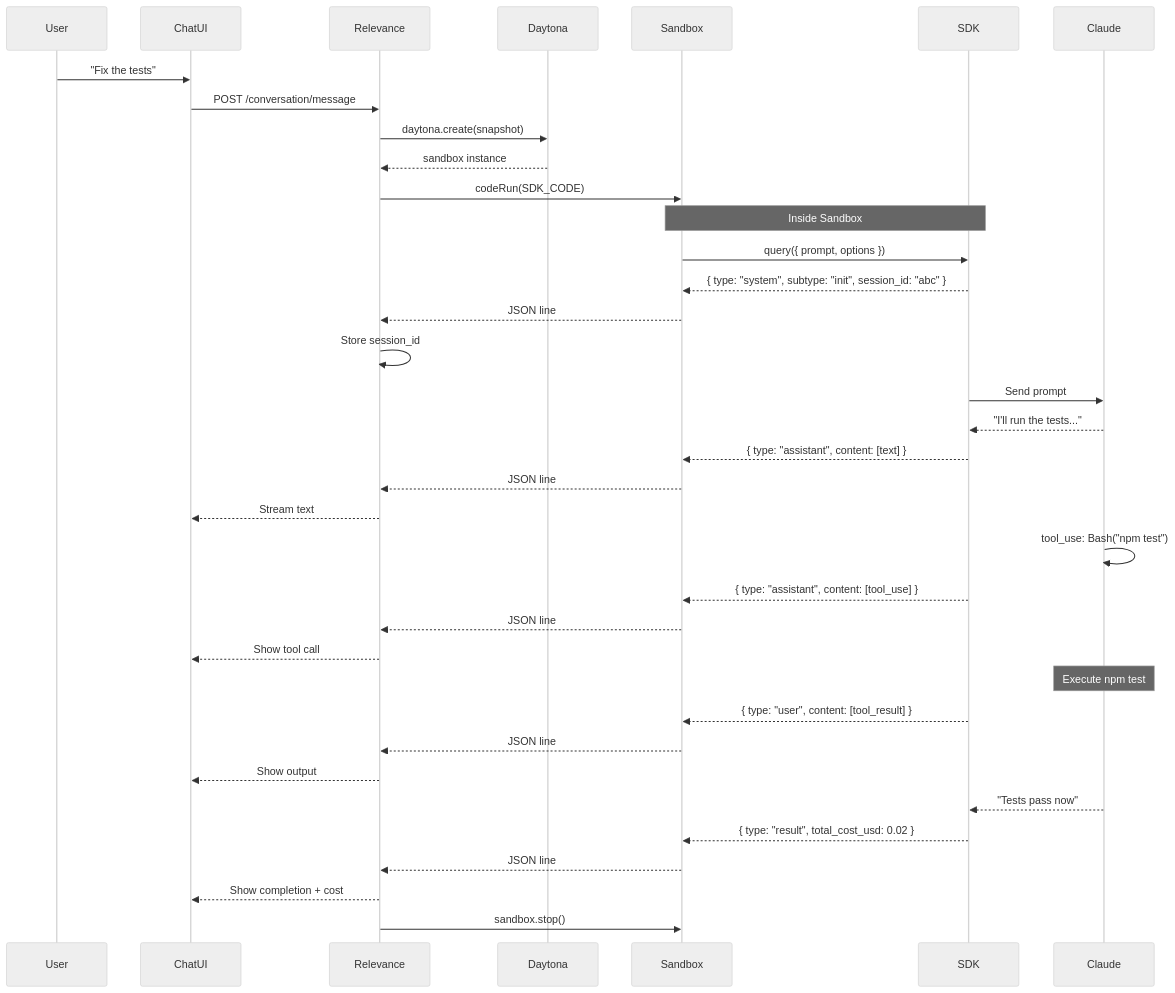
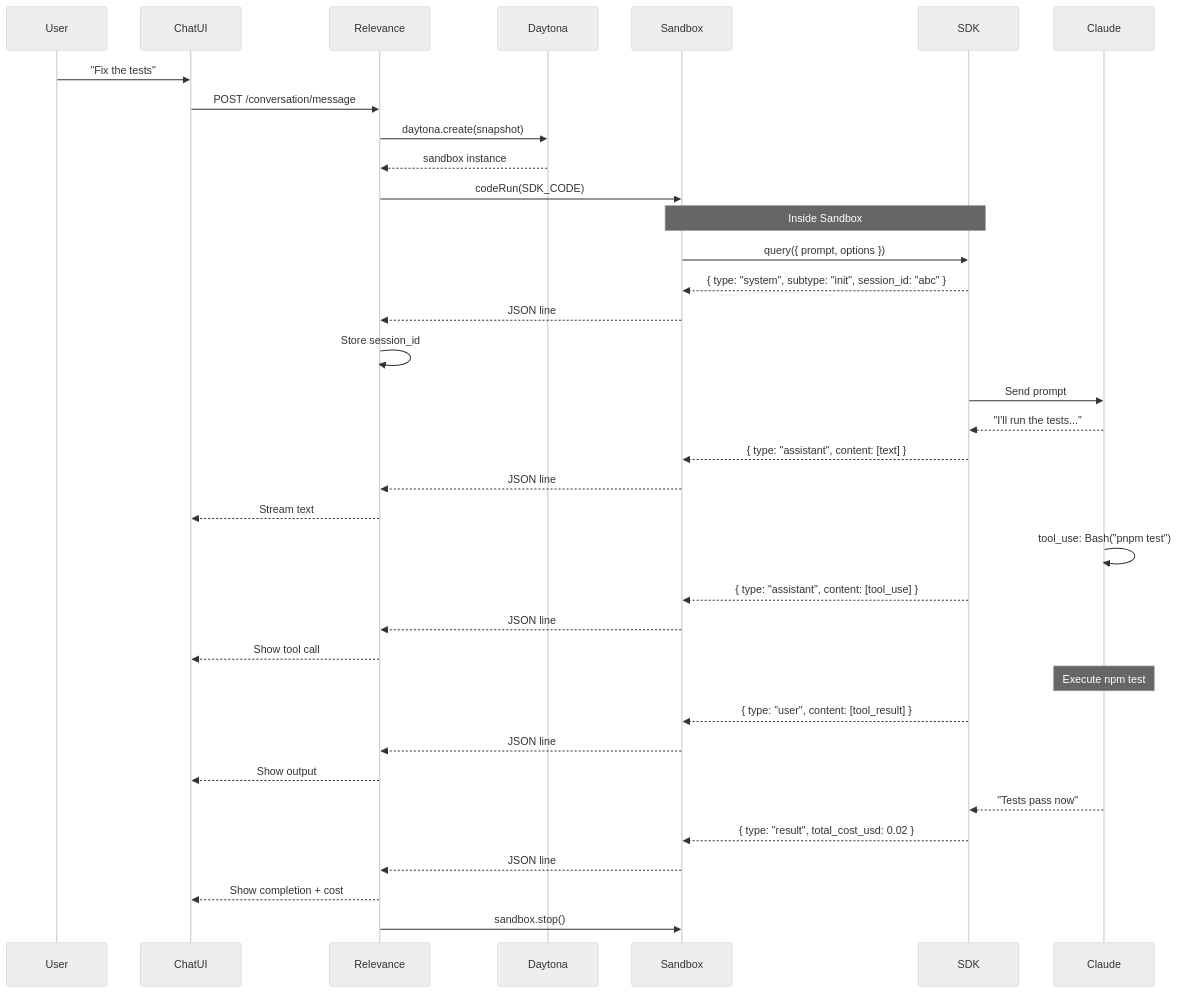
One commit to RelevanceAI/harvest changed the second of 8 diagrams in packages/daytona-executor/ARCHITECTURE.md. Above: the diagram before and after it, drawn with Mermaid (neutral theme). The commit also changed 52 other files, not shown here.

````diff
--- a/packages/daytona-executor/ARCHITECTURE.md
+++ b/packages/daytona-executor/ARCHITECTURE.md
@@ -99,49 +99,49 @@
 ```mermaid
 sequenceDiagram
     participant User
     participant ChatUI
     participant Relevance
     participant Daytona
     participant Sandbox
     participant SDK
     participant Claude
 
     User->>ChatUI: "Fix the tests"
     ChatUI->>Relevance: POST /conversation/message
 
     Relevance->>Daytona: daytona.create(snapshot)
     Daytona-->>Relevance: sandbox instance
 
     Relevance->>Sandbox: codeRun(SDK_CODE)
 
     Note over Sandbox,SDK: Inside Sandbox
     Sandbox->>SDK: query({ prompt, options })
 
     SDK-->>Sandbox: { type: "system", subtype: "init", session_id: "abc" }
     Sandbox-->>Relevance: JSON line
     Relevance->>Relevance: Store session_id
 
     SDK->>Claude: Send prompt
     Claude-->>SDK: "I'll run the tests..."
     SDK-->>Sandbox: { type: "assistant", content: [text] }
     Sandbox-->>Relevance: JSON line
     Relevance-->>ChatUI: Stream text
 
-    Claude->>Claude: tool_use: Bash("npm test")
+    Claude->>Claude: tool_use: Bash("pnpm test")
     SDK-->>Sandbox: { type: "assistant", content: [tool_use] }
     Sandbox-->>Relevance: JSON line
     Relevance-->>ChatUI: Show tool call
 
     Note over Claude: Execute npm test
 
     SDK-->>Sandbox: { type: "user", content: [tool_result] }
     Sandbox-->>Relevance: JSON line
     Relevance-->>ChatUI: Show output
 
     Claude-->>SDK: "Tests pass now"
     SDK-->>Sandbox: { type: "result", total_cost_usd: 0.02 }
     Sandbox-->>Relevance: JSON line
     Relevance-->>ChatUI: Show completion + cost
 
     Relevance->>Sandbox: sandbox.stop()
 ```
````
